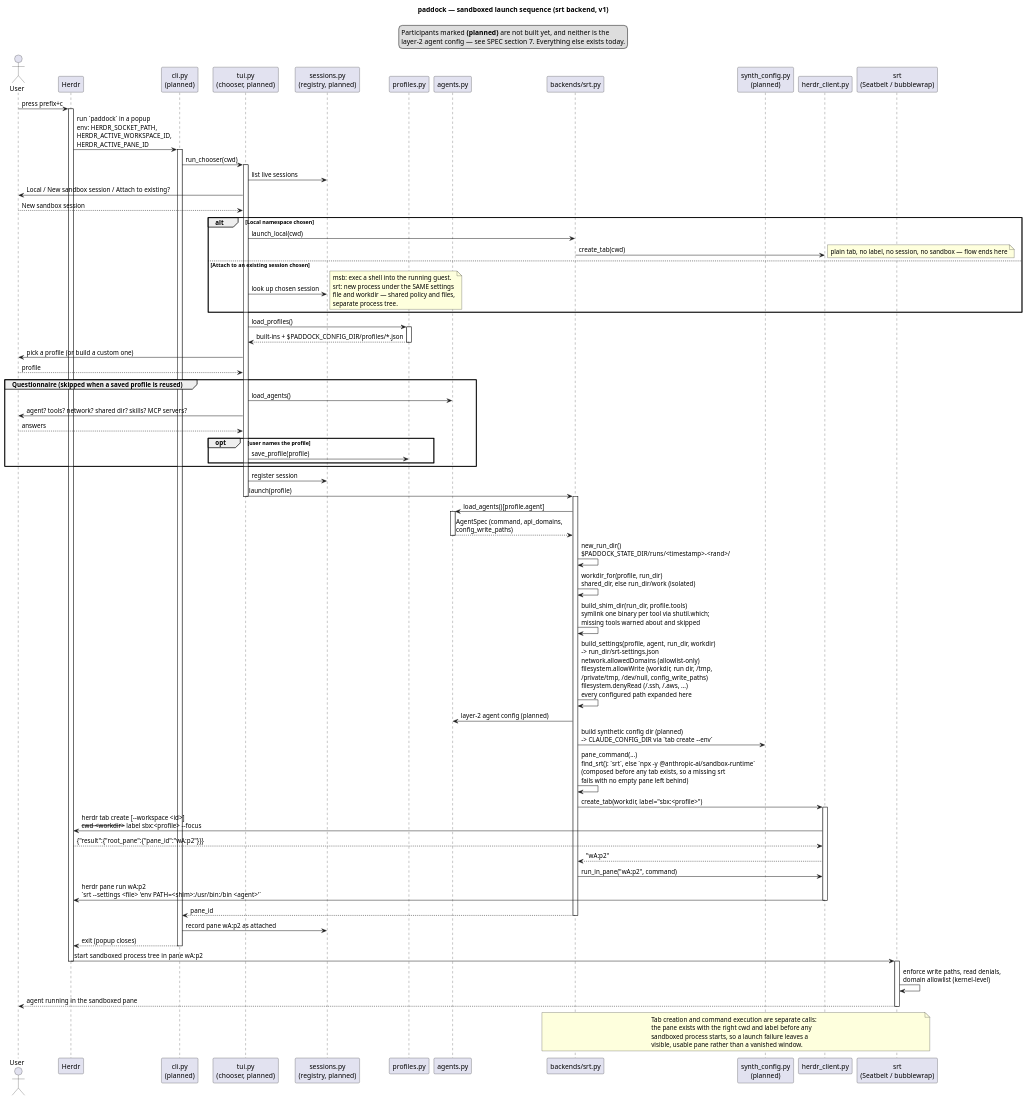
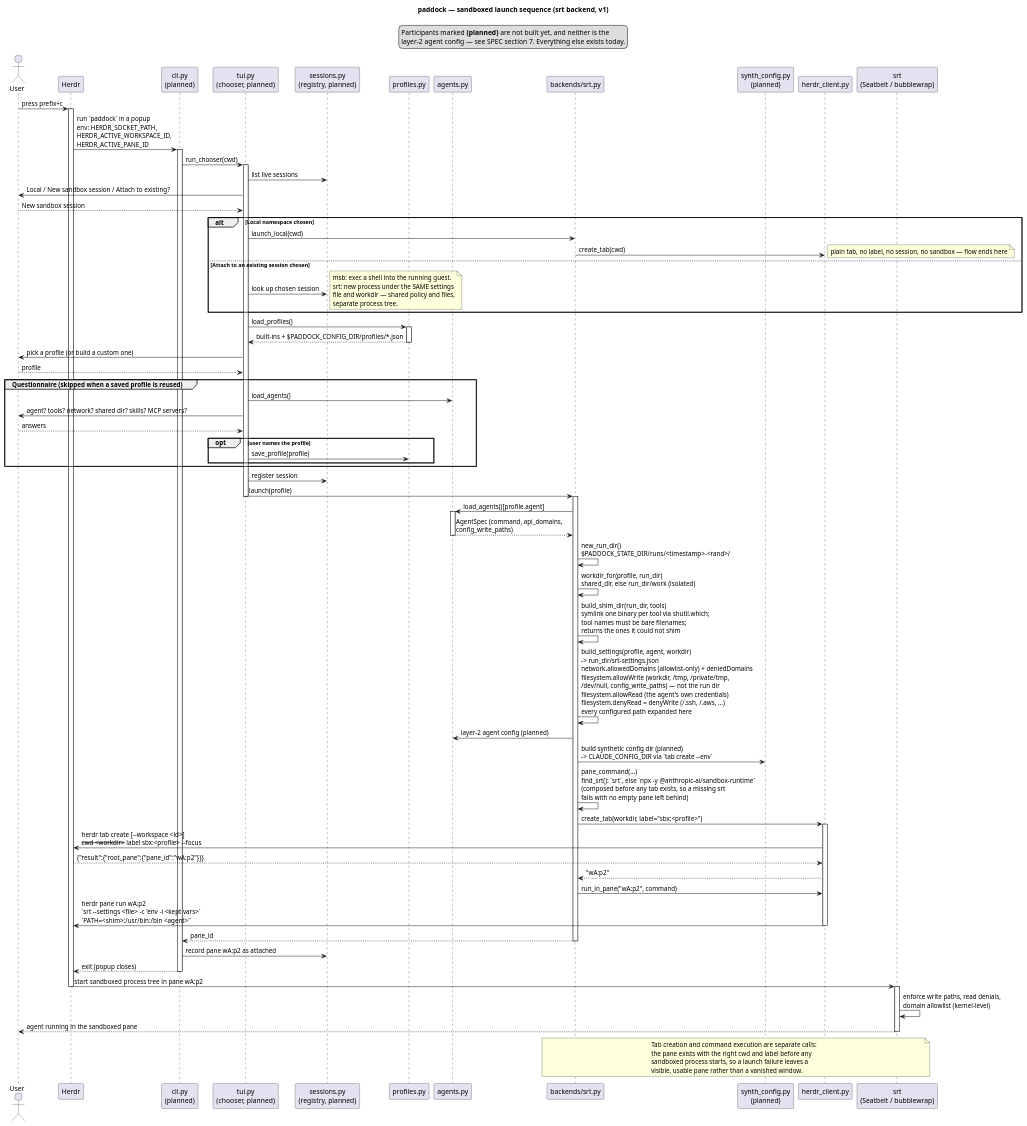
Before and after one commit to paddock-sh/paddock: the diagram in docs/diagrams/launch_sequence.puml, drawn with PlantUML. The commit also changed 4 other files, not shown here.

```diff
--- a/docs/diagrams/launch_sequence.puml
+++ b/docs/diagrams/launch_sequence.puml
@@ -1,111 +1,111 @@
 @startuml launch_sequence
 title paddock — sandboxed launch sequence (srt backend, v1)
 
 skinparam shadowing false
 skinparam sequenceMessageAlign left
 
 legend top
   Participants marked **(planned)** are not built yet, and neither is the
   layer-2 agent config — see SPEC section 7. Everything else exists today.
 endlegend
 
 actor User
 participant "Herdr" as Herdr
 participant "cli.py\n(planned)" as CLI
 participant "tui.py\n(chooser, planned)" as TUI
 participant "sessions.py\n(registry, planned)" as Sessions
 participant "profiles.py" as Profiles
 participant "agents.py" as Agents
 participant "backends/srt.py" as Backend
 participant "synth_config.py\n(planned)" as Synth
 participant "herdr_client.py" as Client
 participant "srt\n(Seatbelt / bubblewrap)" as Srt
 
 User -> Herdr : press prefix+c
 activate Herdr
 Herdr -> CLI : run `paddock` in a popup\nenv: HERDR_SOCKET_PATH,\nHERDR_ACTIVE_WORKSPACE_ID,\nHERDR_ACTIVE_PANE_ID
 activate CLI
 CLI -> TUI : run_chooser(cwd)
 activate TUI
 
 TUI -> Sessions : list live sessions
 TUI -> User : Local / New sandbox session / Attach to existing?
 User --> TUI : New sandbox session
 
 alt Local namespace chosen
   TUI -> Backend : launch_local(cwd)
   Backend -> Client : create_tab(cwd)
   note right : plain tab, no label, no session, no sandbox — flow ends here
 else Attach to an existing session chosen
   TUI -> Sessions : look up chosen session
   note right
     msb: exec a shell into the running guest.
     srt: new process under the SAME settings
     file and workdir — shared policy and files,
     separate process tree.
   end note
 end
 
 TUI -> Profiles : load_profiles()
 activate Profiles
 Profiles --> TUI : built-ins + $PADDOCK_CONFIG_DIR/profiles/*.json
 deactivate Profiles
 TUI -> User : pick a profile (or build a custom one)
 User --> TUI : profile
 
 group Questionnaire (skipped when a saved profile is reused)
   TUI -> Agents : load_agents()
   TUI -> User : agent? tools? network? shared dir? skills? MCP servers?
   User --> TUI : answers
   opt user names the profile
     TUI -> Profiles : save_profile(profile)
   end
 end
 
 TUI -> Sessions : register session
 
 TUI -> Backend : launch(profile)
 deactivate TUI
 activate Backend
 
 Backend -> Agents : load_agents()[profile.agent]
 activate Agents
 Agents --> Backend : AgentSpec (command, api_domains,\nconfig_write_paths)
 deactivate Agents
 Backend -> Backend : new_run_dir()\n$PADDOCK_STATE_DIR/runs/<timestamp>-<rand>/
 Backend -> Backend : workdir_for(profile, run_dir)\nshared_dir, else run_dir/work (isolated)
-Backend -> Backend : build_shim_dir(run_dir, profile.tools)\nsymlink one binary per tool via shutil.which;\nmissing tools warned about and skipped
-Backend -> Backend : build_settings(profile, agent, run_dir, workdir)\n-> run_dir/srt-settings.json\nnetwork.allowedDomains (allowlist-only)\nfilesystem.allowWrite (workdir, run dir, /tmp,\n/private/tmp, /dev/null, config_write_paths)\nfilesystem.denyRead (~/.ssh, ~/.aws, ...)\nevery configured path expanded here
+Backend -> Backend : build_shim_dir(run_dir, tools)\nsymlink one binary per tool via shutil.which;\ntool names must be bare filenames;\nreturns the ones it could not shim
+Backend -> Backend : build_settings(profile, agent, workdir)\n-> run_dir/srt-settings.json\nnetwork.allowedDomains (allowlist-only) + deniedDomains\nfilesystem.allowWrite (workdir, /tmp, /private/tmp,\n/dev/null, config_write_paths) — not the run dir\nfilesystem.allowRead (the agent's own credentials)\nfilesystem.denyRead = denyWrite (~/.ssh, ~/.aws, ...)\nevery configured path expanded here
 Backend -> Agents : layer-2 agent config (planned)
 Backend -> Synth : build synthetic config dir (planned)\n-> CLAUDE_CONFIG_DIR via `tab create --env`
 Backend -> Backend : pane_command(...)\nfind_srt(): `srt`, else `npx -y @anthropic-ai/sandbox-runtime`\n(composed before any tab exists, so a missing srt\nfails with no empty pane left behind)
 
 Backend -> Client : create_tab(workdir, label="sbx:<profile>")
 activate Client
 Client -> Herdr : herdr tab create [--workspace <id>]\n--cwd <workdir> --label sbx:<profile> --focus
 Herdr --> Client : {"result":{"root_pane":{"pane_id":"wA:p2"}}}
 Client --> Backend : "wA:p2"
 Backend -> Client : run_in_pane("wA:p2", command)
-Client -> Herdr : herdr pane run wA:p2\n`srt --settings <file> 'env PATH=<shim>:/usr/bin:/bin <agent>'`
+Client -> Herdr : herdr pane run wA:p2\n`srt --settings <file> -c 'env -i <kept vars>`\n`PATH=<shim>:/usr/bin:/bin <agent>'`
 deactivate Client
 Backend --> CLI : pane_id
 deactivate Backend
 CLI -> Sessions : record pane wA:p2 as attached
 CLI --> Herdr : exit (popup closes)
 deactivate CLI
 
 Herdr -> Srt : start sandboxed process tree in pane wA:p2
 deactivate Herdr
 activate Srt
 Srt -> Srt : enforce write paths, read denials,\ndomain allowlist (kernel-level)
 Srt --> User : agent running in the sandboxed pane
 deactivate Srt
 
 note over Backend, Srt
   Tab creation and command execution are separate calls:
   the pane exists with the right cwd and label before any
   sandboxed process starts, so a launch failure leaves a
   visible, usable pane rather than a vanished window.
 end note
 
 @enduml
```
